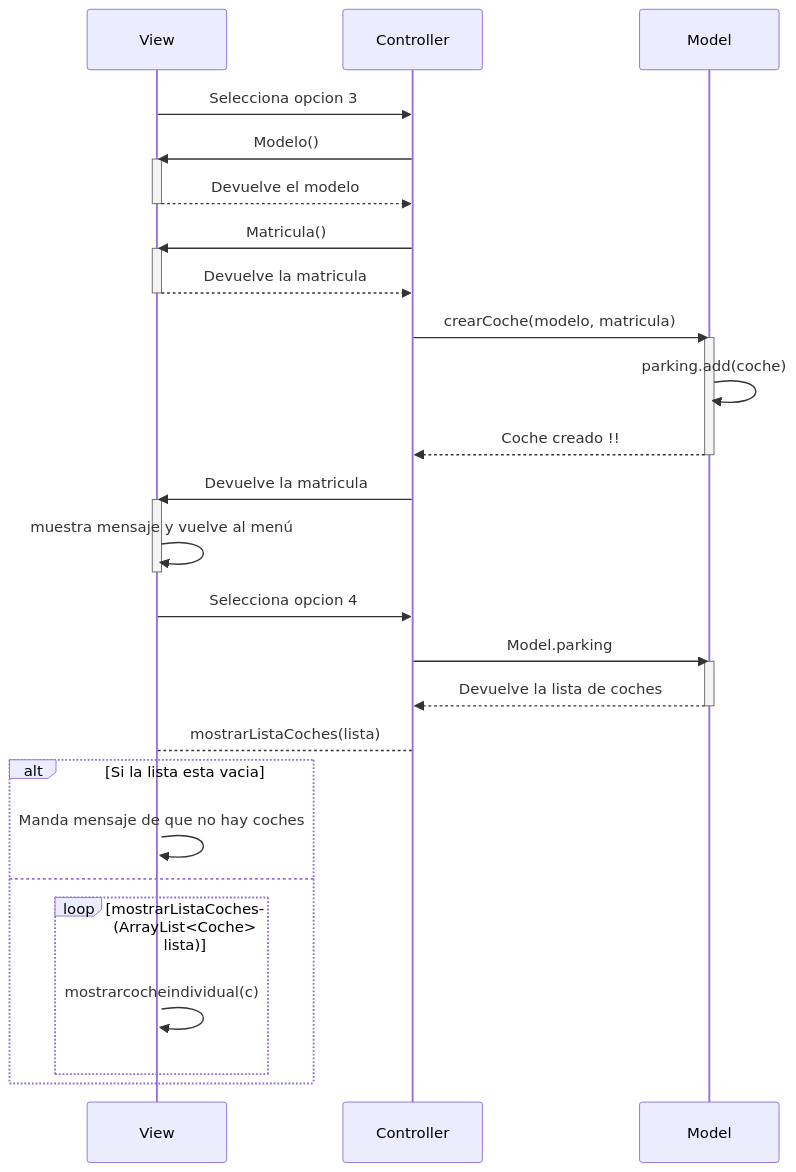
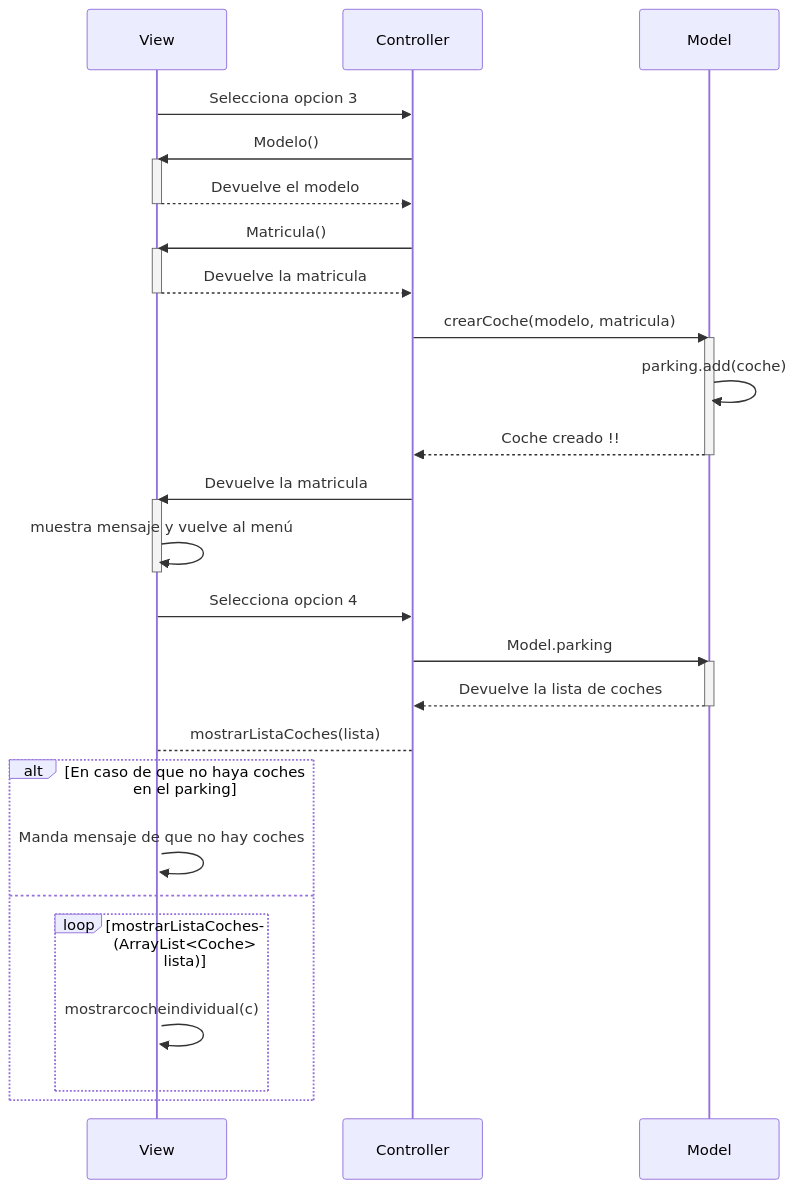
Before and after one commit to shermidagre/COD: the second of 2 diagrams in Readme.md, drawn with Mermaid.

Commit message:
Arreglos en listado de coches

````diff
--- a/Readme.md
+++ b/Readme.md
@@ -37,46 +37,46 @@
 ```mermaid
 sequenceDiagram
 participant View
 participant Controller
 participant Model
 
     View->>Controller: Selecciona opcion 3
     Controller->>View: Modelo()
     activate View
     View-->>Controller: Devuelve el modelo
     deactivate View
     
     Controller->>View: Matricula()
     activate View
     View-->>Controller: Devuelve la matricula
     deactivate View
     
     Controller->>Model: crearCoche(modelo, matricula)
     activate Model
     Model->>Model: parking.add(coche)
     Model-->>Controller: Coche creado !!
     deactivate Model
     
     Controller->>View: Devuelve la matricula
     activate View
     View->>View: muestra mensaje y vuelve al menú
     deactivate View
     
     View->>Controller: Selecciona opcion 4
     Controller->>Model: Model.parking
     activate Model
     Model-->>Controller: Devuelve la lista de coches
     deactivate Model
     Controller-->View: mostrarListaCoches(lista)
     activate View
-    alt Si la lista esta vacia
+    alt En caso de que no haya coches en el parking
     View->>View: Manda mensaje de que no hay coches
     else 
         loop mostrarListaCoches(ArrayList<Coche> lista) 
             View->>View: mostrarcocheindividual(c)
         end
         end
     
     
     
 ```
````
